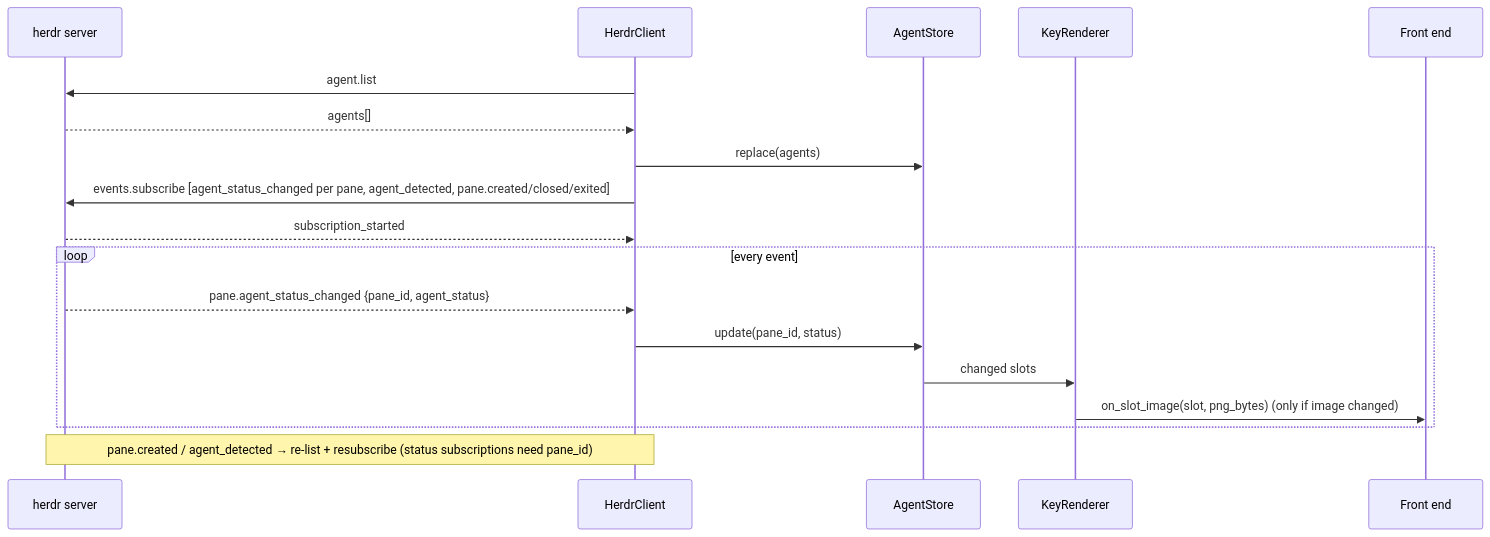
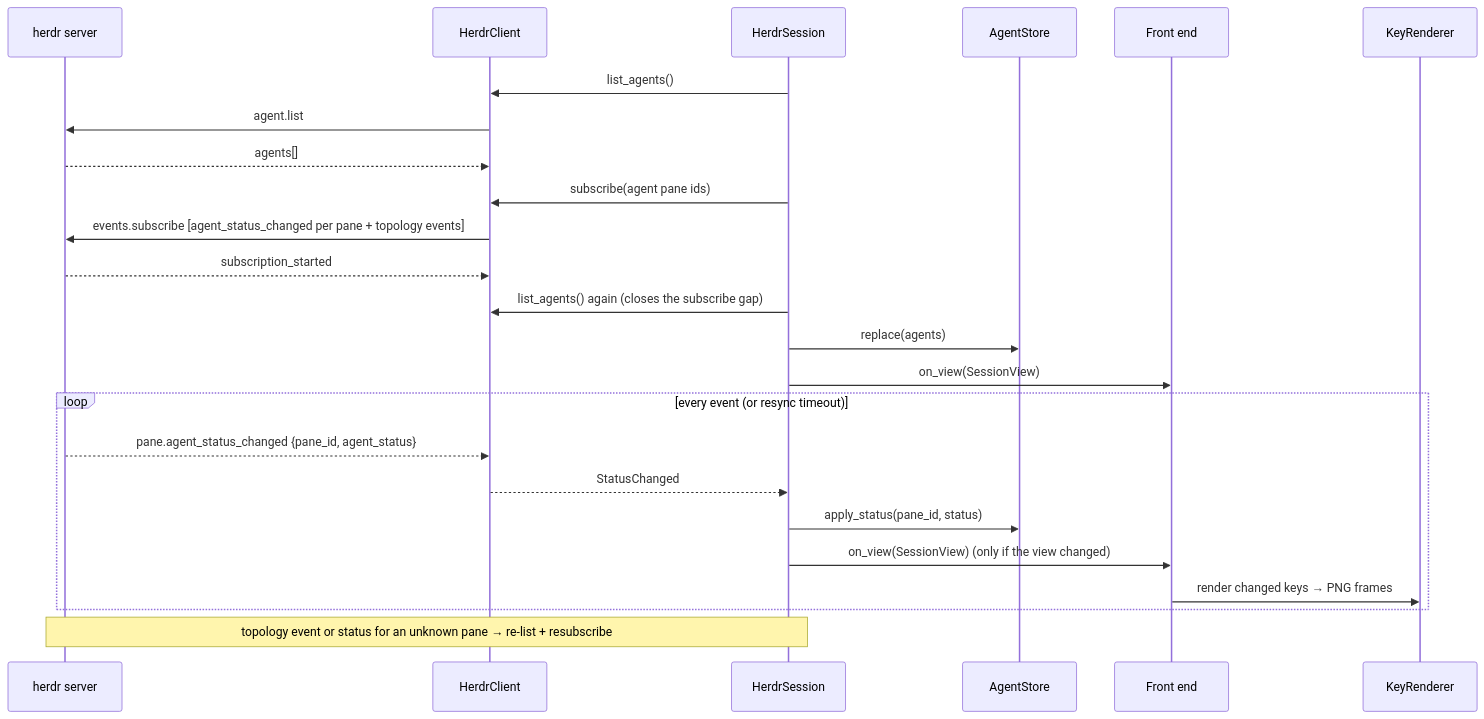
Before and after one commit to gedovkl/herdr-dock: the fourth of 5 diagrams in DESIGN.md, drawn with Mermaid. The commit also changed other lines of this file and 32 other files, not shown here.

````diff
--- a/DESIGN.md
+++ b/DESIGN.md
@@ -197,21 +198,27 @@
 ```mermaid
 sequenceDiagram
     participant H as herdr server
     participant C as HerdrClient
+    participant Se as HerdrSession
     participant S as AgentStore
+    participant F as Front end
     participant R as KeyRenderer
-    participant F as Front end
 
+    Se->>C: list_agents()
     C->>H: agent.list
     H-->>C: agents[]
-    C->>S: replace(agents)
-    C->>H: events.subscribe [agent_status_changed per pane, agent_detected, pane.created/closed/exited]
+    Se->>C: subscribe(agent pane ids)
+    C->>H: events.subscribe [agent_status_changed per pane + topology events]
     H-->>C: subscription_started
-    loop every event
+    Se->>C: list_agents() again (closes the subscribe gap)
+    Se->>S: replace(agents)
+    Se->>F: on_view(SessionView)
+    loop every event (or resync timeout)
         H-->>C: pane.agent_status_changed {pane_id, agent_status}
-        C->>S: update(pane_id, status)
-        S->>R: changed slots
-        R->>F: on_slot_image(slot, png_bytes)  (only if image changed)
+        C-->>Se: StatusChanged
+        Se->>S: apply_status(pane_id, status)
+        Se->>F: on_view(SessionView)  (only if the view changed)
+        F->>R: render changed keys → PNG frames
     end
-    Note over C,H: pane.created / agent_detected → re-list + resubscribe (status subscriptions need pane_id)
+    Note over Se,H: topology event or status for an unknown pane → re-list + resubscribe
 ```
````
